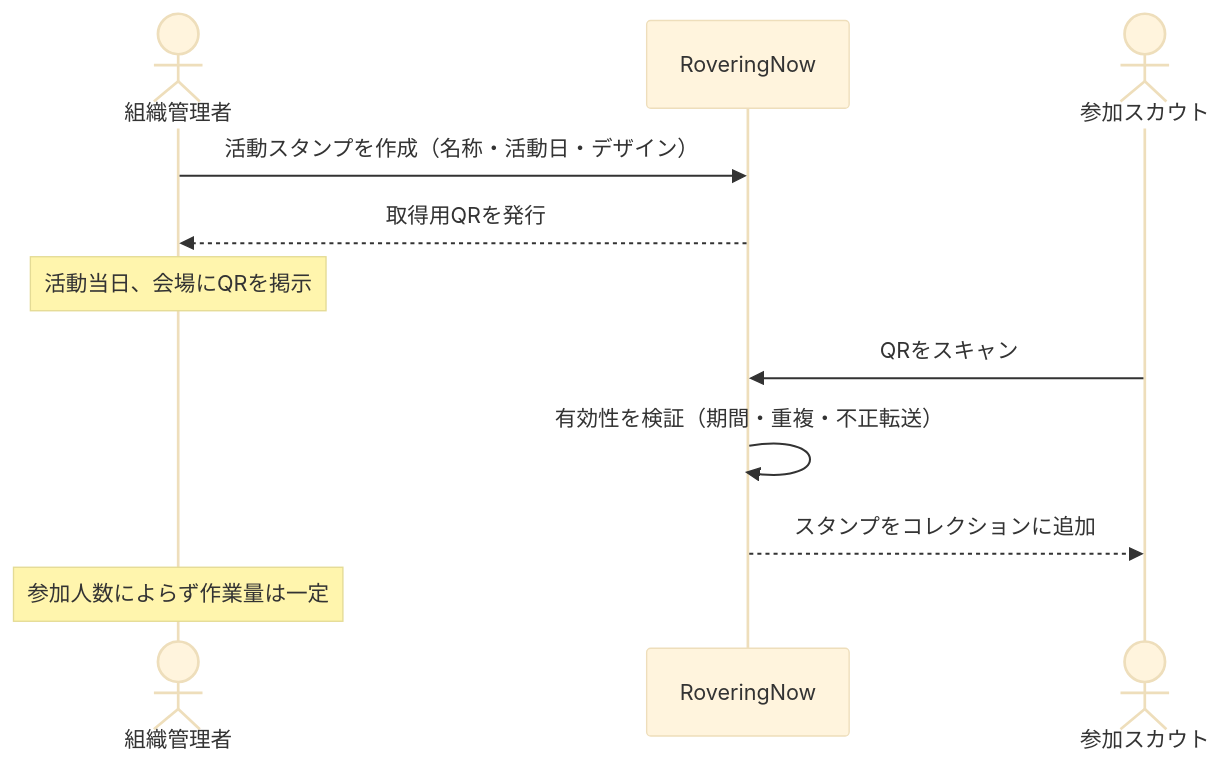
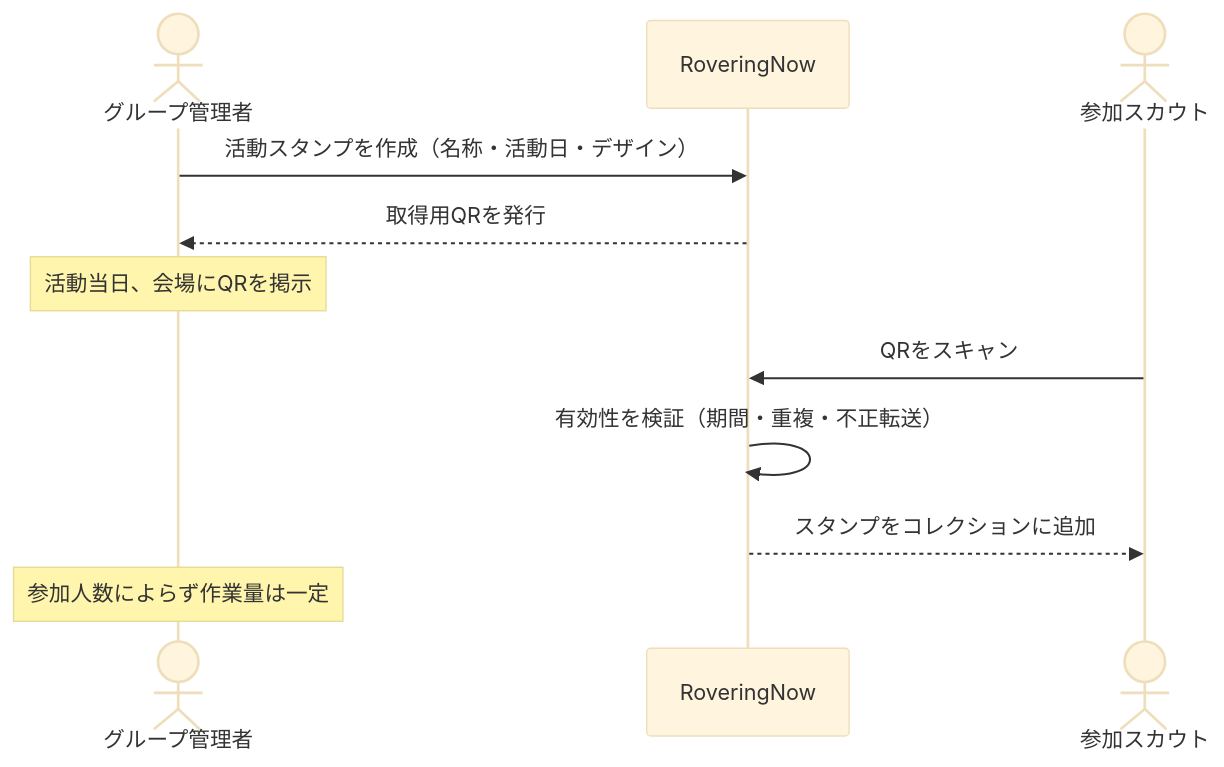
The fourth of 11 diagrams in docs/10_source/01_basic_design.md (GitHatake/RoveringNow), drawn with Mermaid (base theme) before and after one commit. The commit also changed other lines of this file and 2 other files, not shown here.

````diff
--- a/docs/10_source/01_basic_design.md
+++ b/docs/10_source/01_basic_design.md
@@ -275,14 +361,14 @@
 ```mermaid
 sequenceDiagram
-    actor 運営 as 組織管理者
+    actor Admin as グループ管理者
     participant App as RoveringNow
     actor Scout as 参加スカウト
 
-    運営->>App: 活動スタンプを作成（名称・活動日・デザイン）
-    App-->>運営: 取得用QRを発行
-    Note over 運営: 活動当日、会場にQRを掲示
+    Admin->>App: 活動スタンプを作成（名称・活動日・デザイン）
+    App-->>Admin: 取得用QRを発行
+    Note over Admin: 活動当日、会場にQRを掲示
     Scout->>App: QRをスキャン
     App->>App: 有効性を検証（期間・重複・不正転送）
     App-->>Scout: スタンプをコレクションに追加
-    Note over 運営: 参加人数によらず作業量は一定
+    Note over Admin: 参加人数によらず作業量は一定
 ```
````
